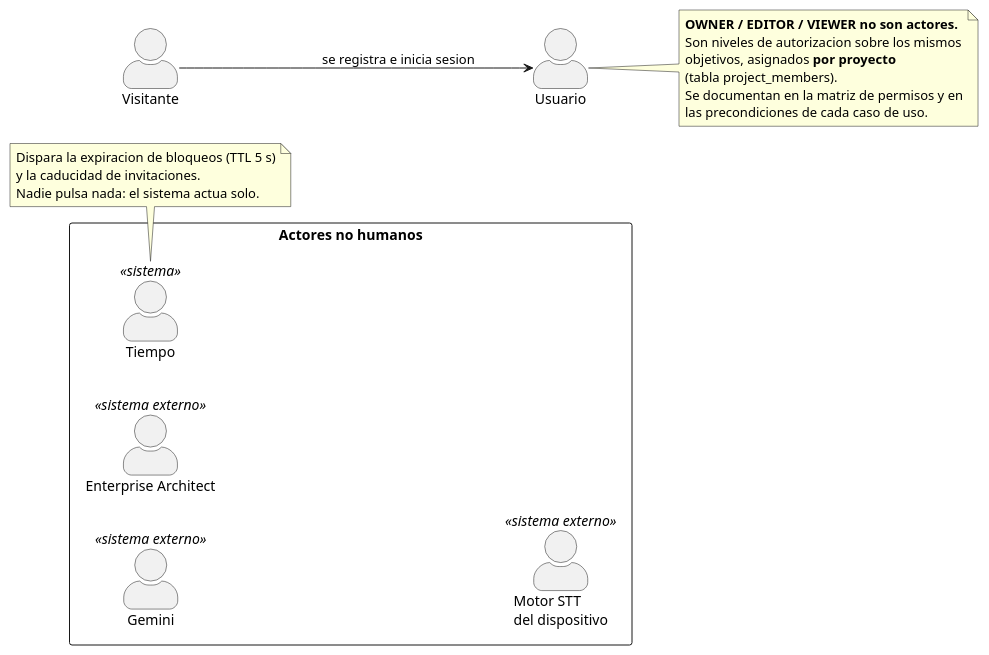
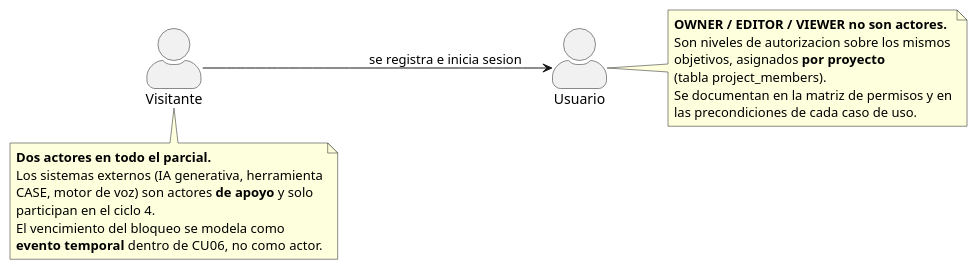
The diagram in docs/puds/diagramas/actores.puml (daniel-ol5/diagramacolaborativo), drawn with PlantUML before and after one commit. The commit also changed 6 other files, not shown here.

First line of the commit message:
docs: PUDS - dos actores humanos en el parcial y cuatro ciclos en total

```diff
--- a/docs/puds/diagramas/actores.puml
+++ b/docs/puds/diagramas/actores.puml
@@ -1,33 +1,29 @@
 @startuml actores
 ' ModelCollab - Actores del sistema (PUDS, modelo de casos de uso)
+' Ciclos 1-3 (parcial): dos actores, los dos humanos.
 left to right direction
 skinparam actorStyle awesome
-skinparam packageStyle rectangle
 
 actor "Visitante" as V
 actor "Usuario" as U
 
 V --> U : se registra e inicia sesion
 
 note right of U
   **OWNER / EDITOR / VIEWER no son actores.**
   Son niveles de autorizacion sobre los mismos
   objetivos, asignados **por proyecto**
   (tabla project_members).
   Se documentan en la matriz de permisos y en
   las precondiciones de cada caso de uso.
 end note
 
-package "Actores no humanos" {
-  actor "Tiempo" as T <<sistema>>
-  actor "Gemini" as G <<sistema externo>>
-  actor "Enterprise Architect" as EA <<sistema externo>>
-  actor "Motor STT\ndel dispositivo" as STT <<sistema externo>>
-}
-
-note bottom of T
-  Dispara la expiracion de bloqueos (TTL 5 s)
-  y la caducidad de invitaciones.
-  Nadie pulsa nada: el sistema actua solo.
+note bottom of V
+  **Dos actores en todo el parcial.**
+  Los sistemas externos (IA generativa, herramienta
+  CASE, motor de voz) son actores **de apoyo** y solo
+  participan en el ciclo 4.
+  El vencimiento del bloqueo se modela como
+  **evento temporal** dentro de CU06, no como actor.
 end note
 @enduml
```
